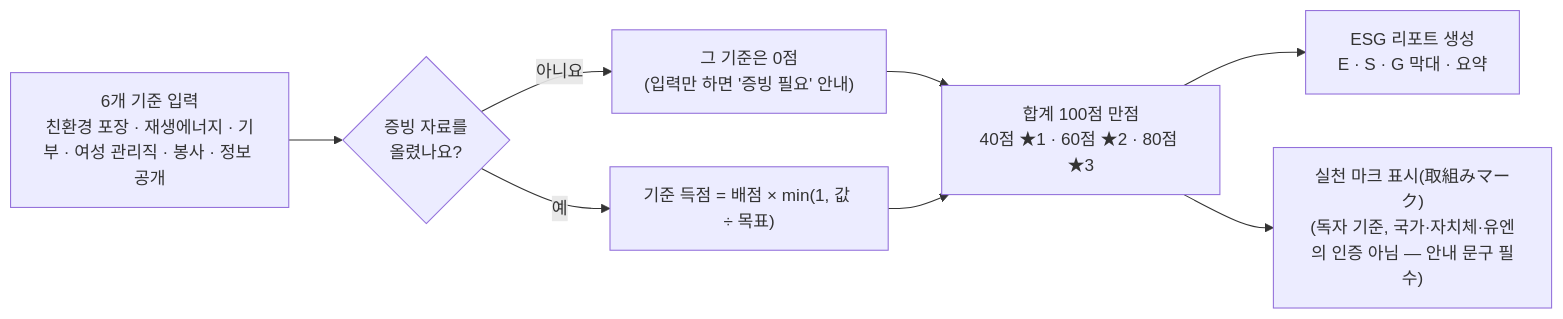
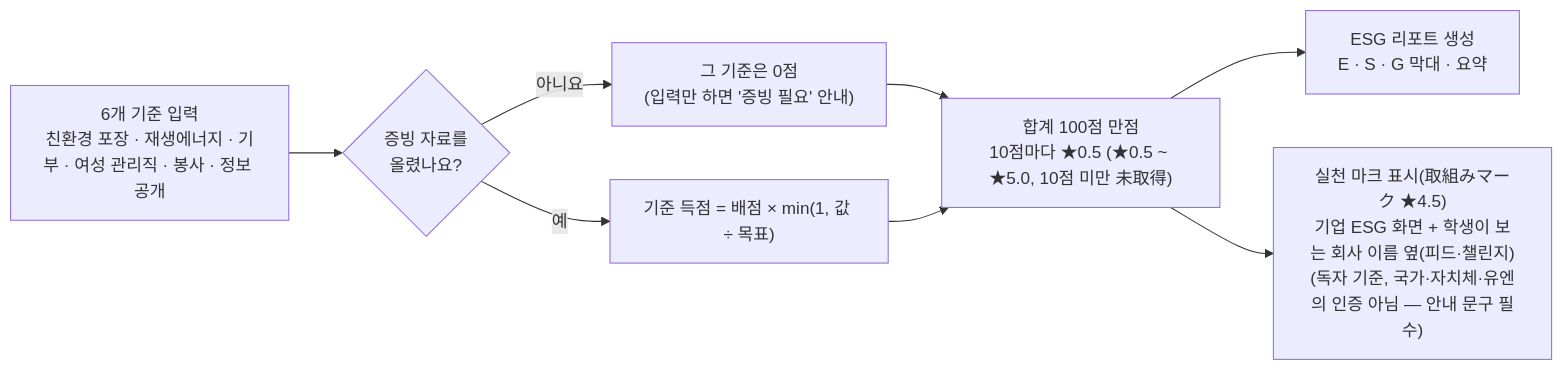
One commit to atome9797/sdgs-compass changed the sixth of 18 diagrams in README.md. Above: the diagram before and after it, drawn with Mermaid. The commit also changed other lines of this file, not shown here.

````diff
--- a/README.md
+++ b/README.md
@@ -275,10 +276,10 @@
 ```mermaid
 flowchart LR
   e1["6개 기준 입력<br/>친환경 포장 · 재생에너지 · 기부 · 여성 관리직 · 봉사 · 정보 공개"] --> e2{"증빙 자료를<br/>올렸나요?"}
   e2 -- "아니요" --> e3["그 기준은 0점<br/>(입력만 하면 '증빙 필요' 안내)"]
   e2 -- "예" --> e4["기준 득점 = 배점 × min(1, 값 ÷ 목표)"]
-  e3 --> e5["합계 100점 만점<br/>40점 ★1 · 60점 ★2 · 80점 ★3"]
+  e3 --> e5["합계 100점 만점<br/>10점마다 ★0.5 (★0.5 ~ ★5.0, 10점 미만 未取得)"]
   e4 --> e5
   e5 --> e6["ESG 리포트 생성<br/>E · S · G 막대 · 요약"]
-  e5 --> e7["실천 마크 표시(取組みマーク)<br/>(독자 기준, 국가·자치체·유엔의 인증 아님 — 안내 문구 필수)"]
+  e5 --> e7["실천 마크 표시(取組みマーク ★4.5)<br/>기업 ESG 화면 + 학생이 보는 회사 이름 옆(피드·챌린지)<br/>(독자 기준, 국가·자치체·유엔의 인증 아님 — 안내 문구 필수)"]
 ```
````
